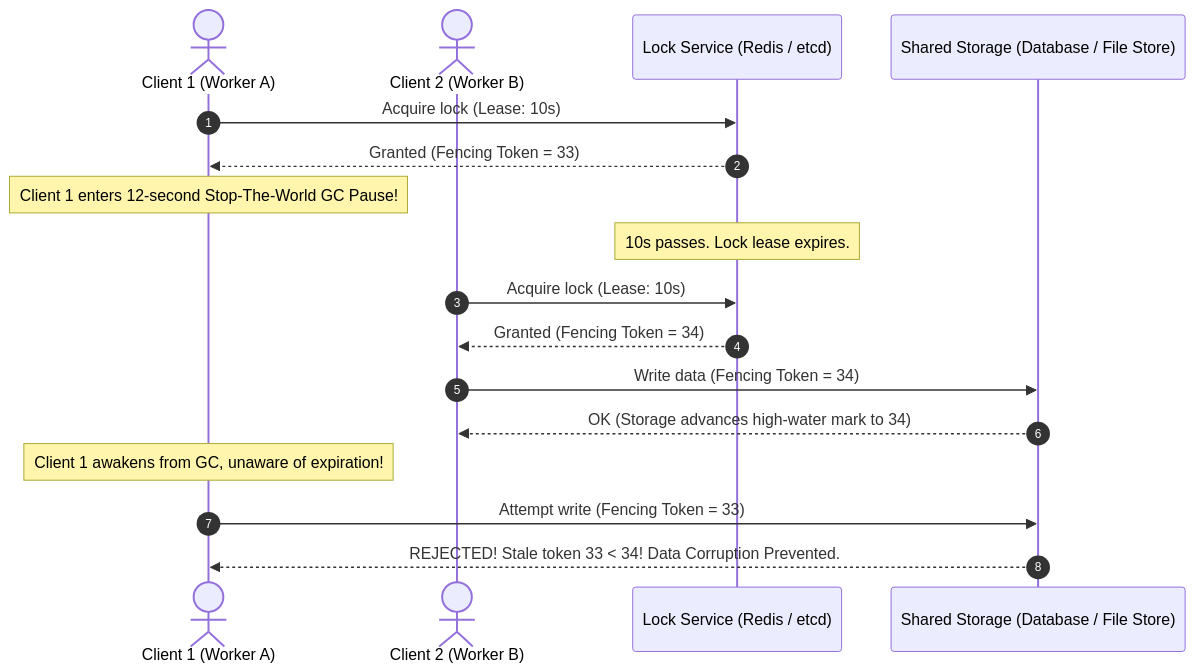
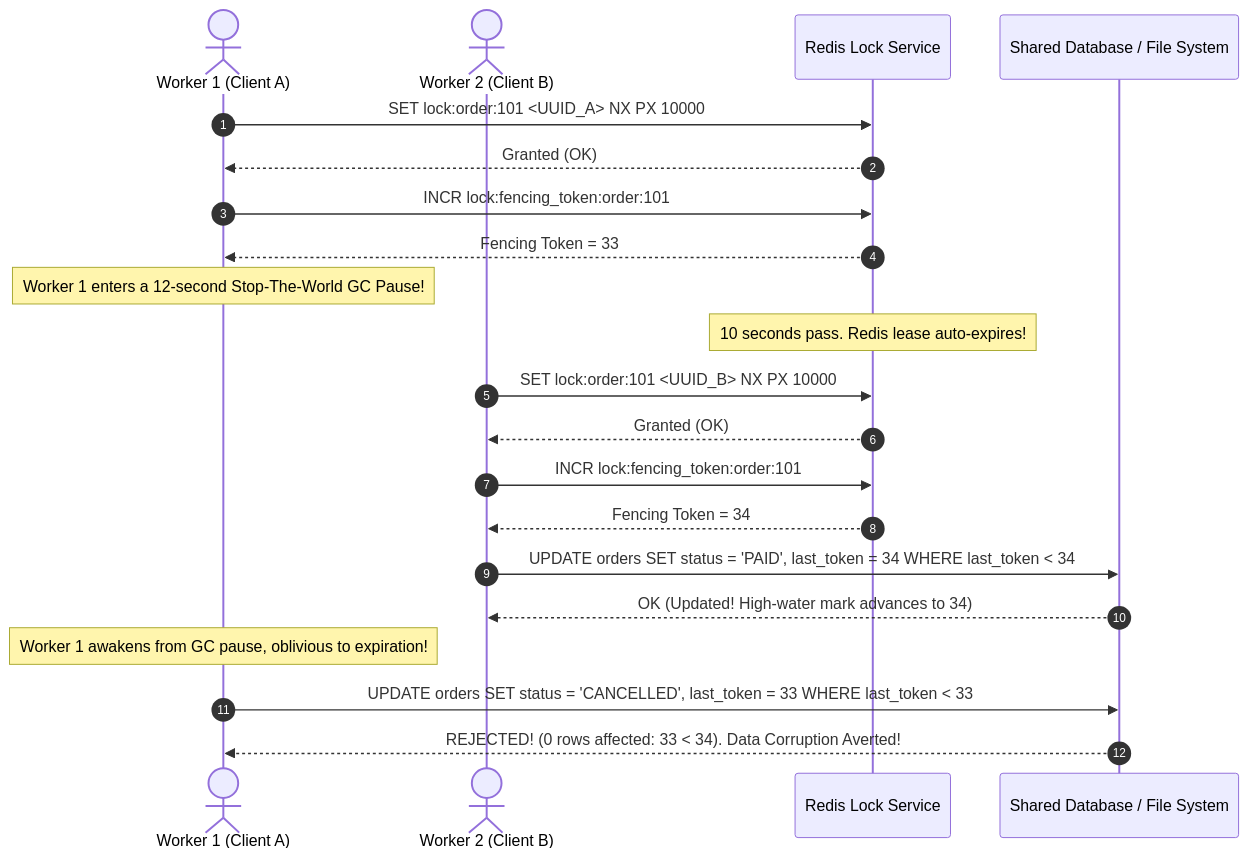
Before and after one commit to software-blueprints-hq/software-blueprints: the diagram in docs/system-design/distributed-locks/overview.md, drawn with Mermaid. The commit also changed other lines of this file and 1 other file, not shown here.

````diff
--- a/docs/system-design/distributed-locks/overview.md
+++ b/docs/system-design/distributed-locks/overview.md
@@ -19,23 +50,28 @@
 ```mermaid
 sequenceDiagram
     autonumber
-    actor ClientA as Client 1 (Worker A)
-    actor ClientB as Client 2 (Worker B)
-    participant LockServer as Lock Service (Redis / etcd)
-    participant Storage as Shared Storage (Database / File Store)
+    actor ClientA as Worker 1 (Client A)
+    actor ClientB as Worker 2 (Client B)
+    participant LockServer as Redis Lock Service
+    participant Storage as Shared Database / File System
 
-    ClientA->>LockServer: Acquire lock (Lease: 10s)
-    LockServer-->>ClientA: Granted (Fencing Token = 33)
+    ClientA->>LockServer: SET lock:order:101 <UUID_A> NX PX 10000
+    LockServer-->>ClientA: Granted (OK)
+    ClientA->>LockServer: INCR lock:fencing_token:order:101
+    LockServer-->>ClientA: Fencing Token = 33
     
-    Note over ClientA: Client 1 enters 12-second Stop-The-World GC Pause!
-    Note over LockServer: 10s passes. Lock lease expires.
+    Note over ClientA: Worker 1 enters a 12-second Stop-The-World GC Pause!
+    Note over LockServer: 10 seconds pass. Redis lease auto-expires!
     
-    ClientB->>LockServer: Acquire lock (Lease: 10s)
-    LockServer-->>ClientB: Granted (Fencing Token = 34)
-    ClientB->>Storage: Write data (Fencing Token = 34)
-    Storage-->>ClientB: OK (Storage advances high-water mark to 34)
+    ClientB->>LockServer: SET lock:order:101 <UUID_B> NX PX 10000
+    LockServer-->>ClientB: Granted (OK)
+    ClientB->>LockServer: INCR lock:fencing_token:order:101
+    LockServer-->>ClientB: Fencing Token = 34
+    
+    ClientB->>Storage: UPDATE orders SET status = 'PAID', last_token = 34 WHERE last_token < 34
+    Storage-->>ClientB: OK (Updated! High-water mark advances to 34)
 
-    Note over ClientA: Client 1 awakens from GC, unaware of expiration!
-    ClientA->>Storage: Attempt write (Fencing Token = 33)
-    Storage-->>ClientA: REJECTED! Stale token 33 < 34! Data Corruption Prevented.
+    Note over ClientA: Worker 1 awakens from GC pause, oblivious to expiration!
+    ClientA->>Storage: UPDATE orders SET status = 'CANCELLED', last_token = 33 WHERE last_token < 33
+    Storage-->>ClientA: REJECTED! (0 rows affected: 33 < 34). Data Corruption Averted!
 ```
````
